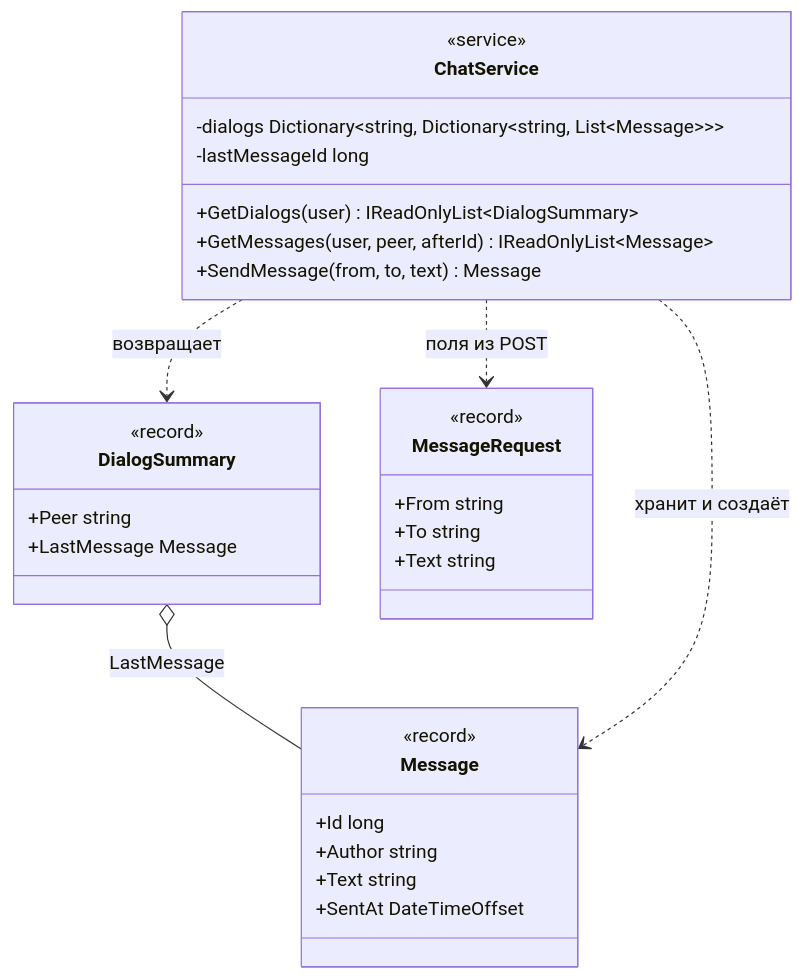
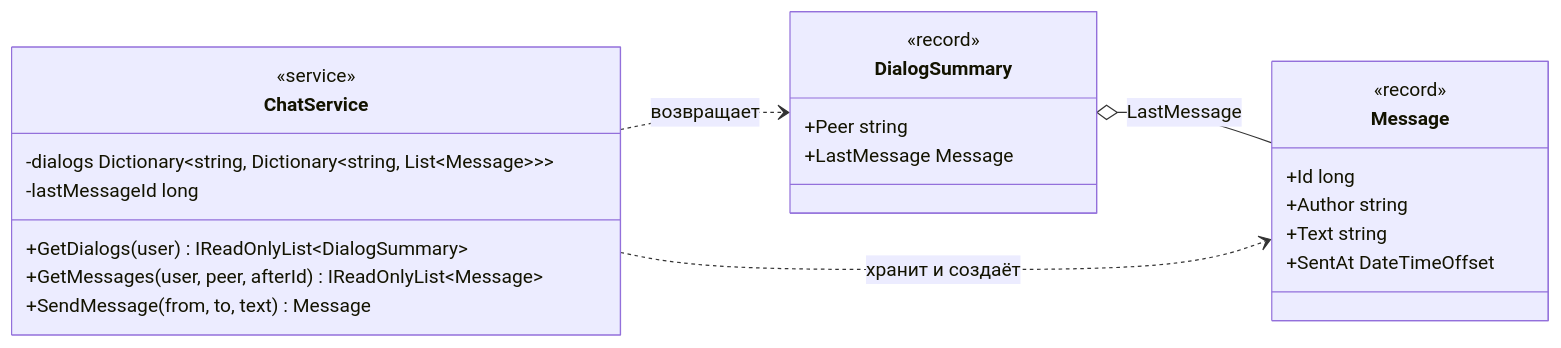
The diagram in docs/architecture/4-code.md (is-aidd-26/plain-old-messenger), drawn with Mermaid before and after one commit. The commit also changed other lines of this file, not shown here.

Commit message:
Доработка диаграммы Code

````diff
--- a/docs/architecture/4-code.md
+++ b/docs/architecture/4-code.md
@@ -5,34 +5,28 @@
 ```mermaid
 classDiagram
+    direction LR
     class ChatService {
         <<service>>
         -dialogs Dictionary&lt;string, Dictionary&lt;string, List&lt;Message&gt;&gt;&gt;
         -lastMessageId long
         +GetDialogs(user) IReadOnlyList~DialogSummary~
         +GetMessages(user, peer, afterId) IReadOnlyList~Message~
         +SendMessage(from, to, text) Message
     }
     class Message {
         <<record>>
         +Id long
         +Author string
         +Text string
         +SentAt DateTimeOffset
     }
     class DialogSummary {
         <<record>>
         +Peer string
         +LastMessage Message
     }
-    class MessageRequest {
-        <<record>>
-        +From string
-        +To string
-        +Text string
-    }
 
     DialogSummary o-- Message : LastMessage
     ChatService ..> Message : хранит и создаёт
     ChatService ..> DialogSummary : возвращает
-    ChatService ..> MessageRequest : поля из POST
 ```
````
